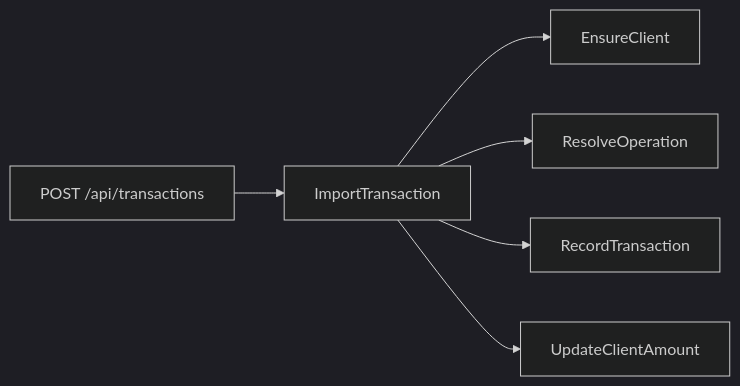
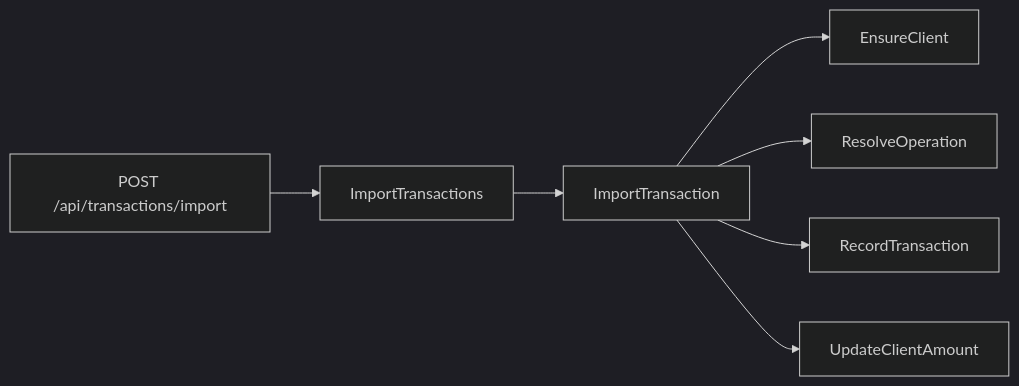
The diagram in backend/README.md (dougCmartins/desafio-dev), drawn with Mermaid (dark theme) before and after one commit. The commit also changed other lines of this file, not shown here.

````diff
--- a/backend/README.md
+++ b/backend/README.md
@@ -76,15 +76,17 @@
 ```mermaid
 flowchart LR
-    http[POST /api/transactions]
-    orch[ImportTransaction]
+    http["POST /api/transactions/import"]
+    batch[ImportTransactions]
+    line[ImportTransaction]
     client[EnsureClient]
     catalog[ResolveOperation]
     movement[RecordTransaction]
     balance[UpdateClientAmount]
 
-    http --> orch
-    orch --> client
-    orch --> catalog
-    orch --> movement
-    orch --> balance
+    http --> batch
+    batch --> line
+    line --> client
+    line --> catalog
+    line --> movement
+    line --> balance
 ```
````
